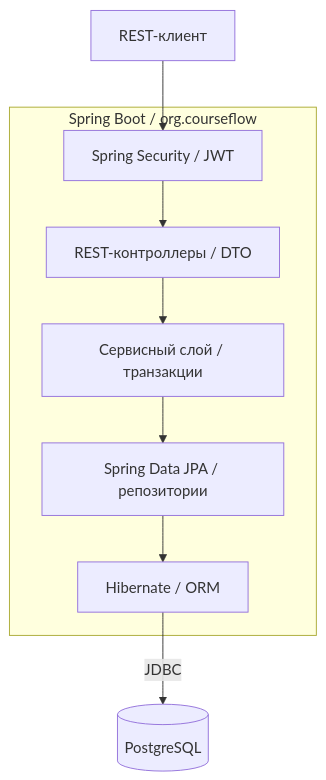
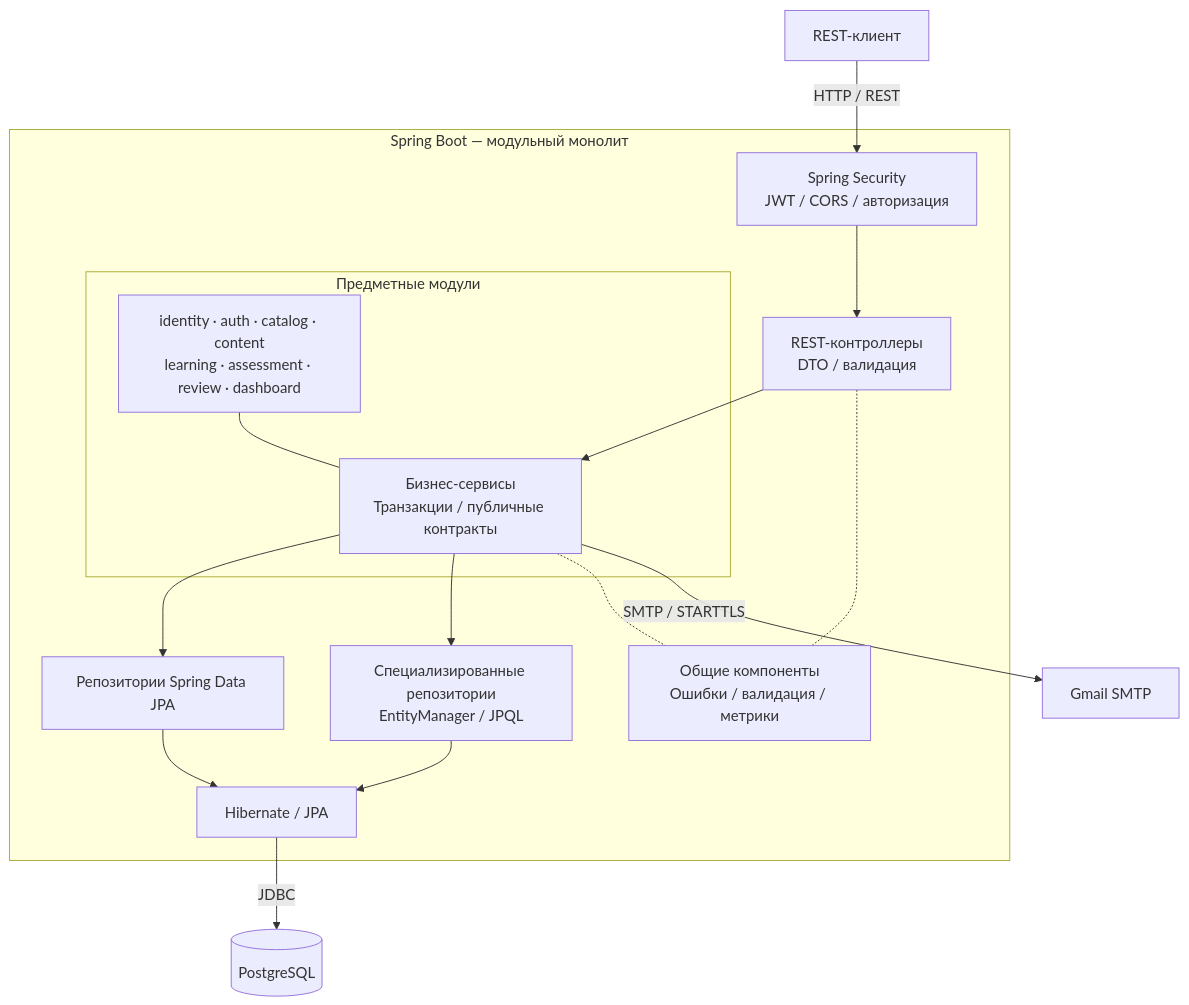
One commit to vkuryndin/CourseFlow changed the first of 4 diagrams in docs/ARCHITECTURE.md. Above: the diagram before and after it, drawn with Mermaid. The commit also changed other lines of this file and 5 other files, not shown here.

````diff
--- a/docs/ARCHITECTURE.md
+++ b/docs/ARCHITECTURE.md
@@ -31,11 +31,25 @@
 ```mermaid
 flowchart TD
-    Client[REST-клиент] --> Security[Spring Security / JWT]
-    subgraph Backend[Spring Boot / org.courseflow]
-        Security --> Controllers[REST-контроллеры / DTO]
-        Controllers --> Services[Сервисный слой / транзакции]
-        Services --> Repositories[Spring Data JPA / репозитории]
-        Repositories --> Hibernate[Hibernate / ORM]
+    Client["REST-клиент"]
+    subgraph Backend["Spring Boot — модульный монолит"]
+        Security["Spring Security<br/>JWT / CORS / авторизация"]
+        Controllers["REST-контроллеры<br/>DTO / валидация"]
+        subgraph Business["Предметные модули"]
+            Modules["identity · auth · catalog · content<br/>learning · assessment · review · dashboard"]
+            Services["Бизнес-сервисы<br/>Транзакции / публичные контракты"]
+            Modules --- Services
+        end
+        JPA["Репозитории Spring Data JPA"]
+        Queries["Специализированные репозитории<br/>EntityManager / JPQL"]
+        ORM["Hibernate / JPA"]
+        Common["Общие компоненты<br/>Ошибки / валидация / метрики"]
+        Security --> Controllers --> Services
+        Services --> JPA --> ORM
+        Services --> Queries --> ORM
+        Controllers -.- Common
+        Services -.- Common
     end
-    Hibernate -->|JDBC| Database[(PostgreSQL)]
+    Client -->|HTTP / REST| Security
+    ORM -->|JDBC| DB[("PostgreSQL")]
+    Services -->|SMTP / STARTTLS| Mail["Gmail SMTP"]
 ```
````
